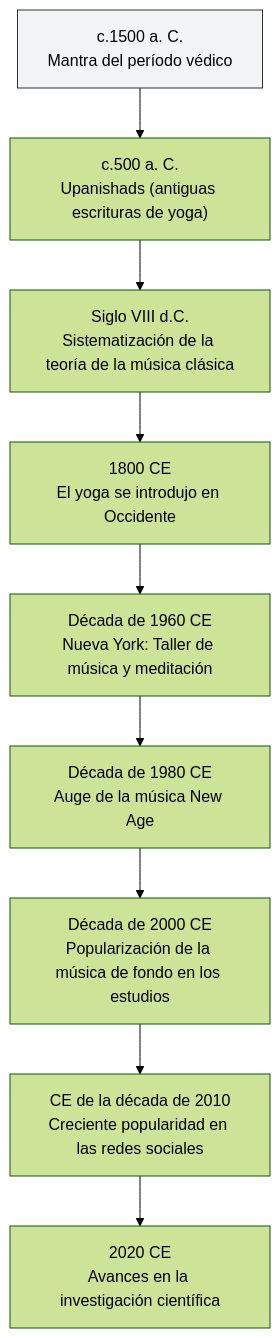
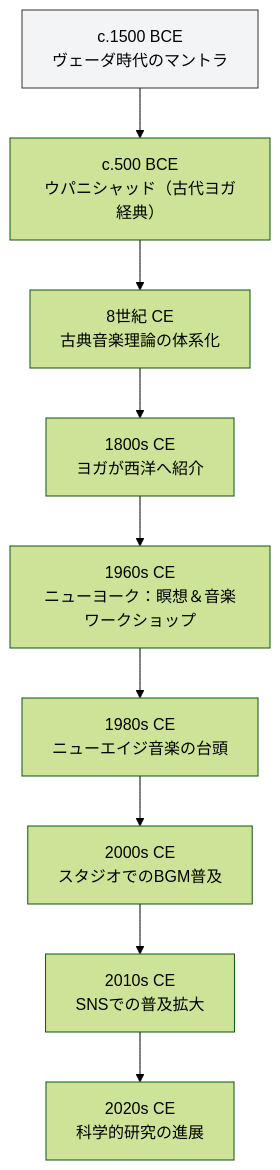
Before and after one commit to monumental-movement/monumental-movement.github.io: the third of 4 diagrams in es/_posts/2025-11-09-column-yoga-music.md, drawn with Mermaid (forest theme). The commit also changed other lines of this file and 299 other files, not shown here.

```diff
--- a/es/_posts/2025-11-09-column-yoga-music.md
+++ b/es/_posts/2025-11-09-column-yoga-music.md
@@ -193,14 +193,14 @@
 <div class="mermaid">
 
 flowchart TD
     style A fill:#f3f4f6,stroke:#333,stroke-width:1px
-    A["c.1500 a. C.<br>Mantra del período védico"] --> B["c.500 a. C.<br>Upanishads (antiguas escrituras de yoga)"]
-    B --> C["Siglo VIII d.C.<br>Sistematización de la teoría de la música clásica"]
-    C --> D["1800 CE<br>El yoga se introdujo en Occidente"]
-    D --> E["Década de 1960 CE<br>Nueva York: Taller de música y meditación"]
-    E --> F["Década de 1980 CE<br>Auge de la música New Age"]
-    F --> G["Década de 2000 CE<br>Popularización de la música de fondo en los estudios"]
-    G --> H["CE de la década de 2010<br>Creciente popularidad en las redes sociales"]
-    H --> I["2020 CE<br>Avances en la investigación científica"]
+    A["c.1500 BCE<br>ヴェーダ時代のマントラ"] --> B["c.500 BCE<br>ウパニシャッド（古代ヨガ経典）"]
+    B --> C["8世紀 CE<br>古典音楽理論の体系化"]
+    C --> D["1800s CE<br>ヨガが西洋へ紹介"]
+    D --> E["1960s CE<br>ニューヨーク：瞑想＆音楽ワークショップ"]
+    E --> F["1980s CE<br>ニューエイジ音楽の台頭"]
+    F --> G["2000s CE<br>スタジオでのBGM普及"]
+    G --> H["2010s CE<br>SNSでの普及拡大"]
+    H --> I["2020s CE<br>科学的研究の進展"]
 
 </div>
```
